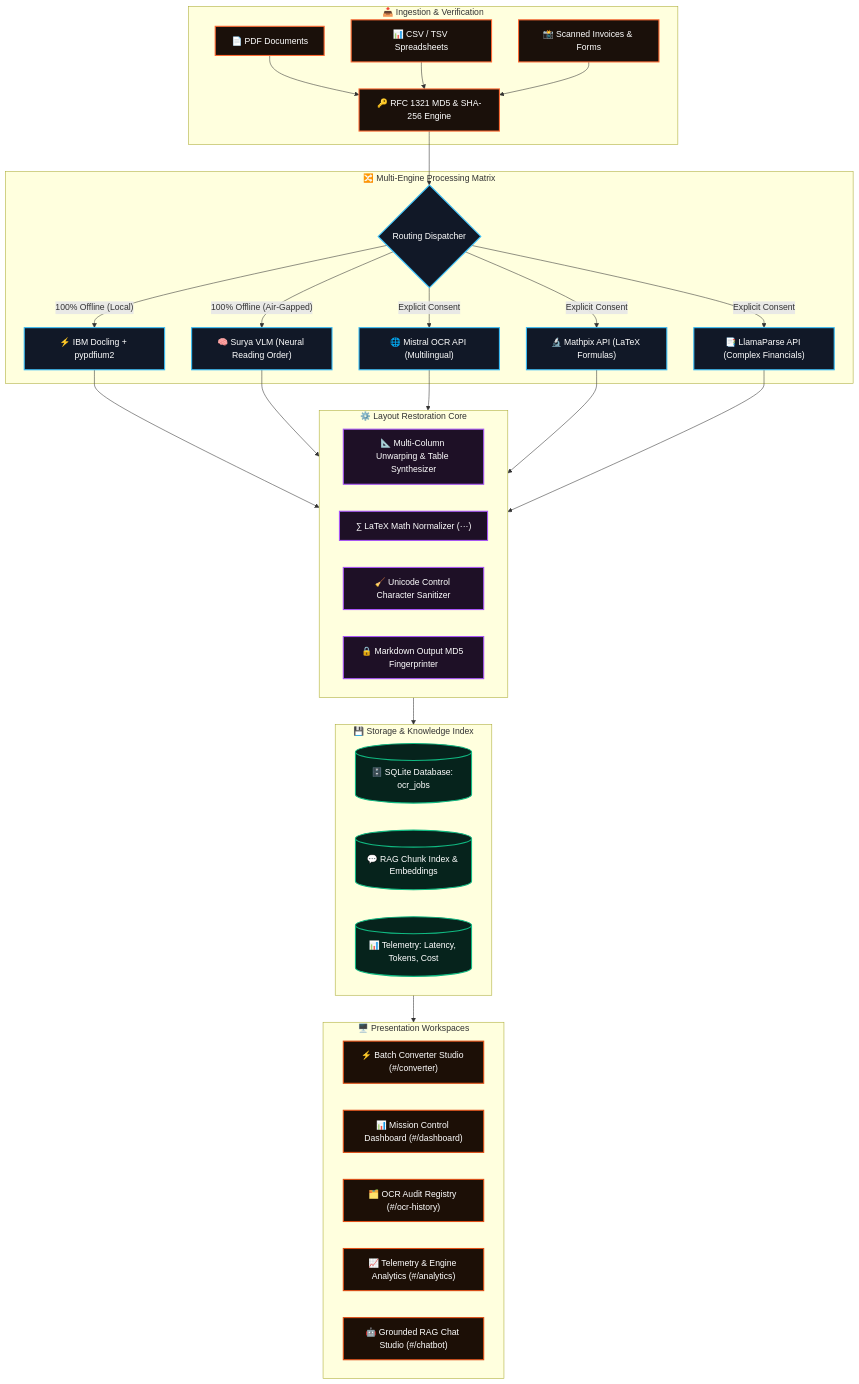
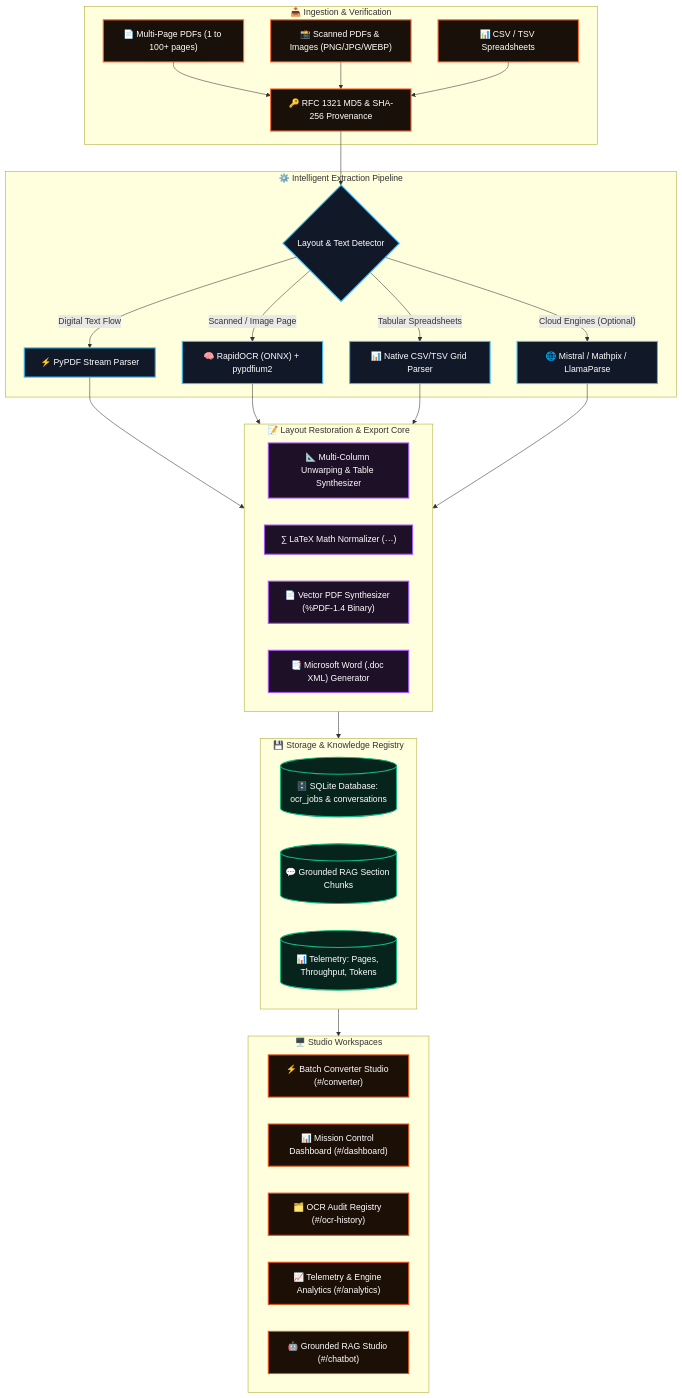
One commit to Adarsh-Singh-Chauhan/DOCFORGE changed the diagram in README.md. Above: the diagram before and after it, drawn with Mermaid. The commit also changed other lines of this file and 1 other file, not shown here.

Commit message:
docs: showcase dynamic animated badges, 4-way vector export suite, and leadership attribution for Ansh and Adarsh

````diff
--- a/README.md
+++ b/README.md
@@ -162,51 +196,50 @@
 ```mermaid
 flowchart TD
     classDef inputStyle fill:#1a100a,stroke:#ff6a33,stroke-width:2px,color:#ffffff;
     classDef engineStyle fill:#111827,stroke:#38bdf8,stroke-width:2px,color:#ffffff;
     classDef coreStyle fill:#1e1026,stroke:#a855f7,stroke-width:2px,color:#ffffff;
     classDef dbStyle fill:#06231c,stroke:#10b981,stroke-width:2px,color:#ffffff;
     classDef uiStyle fill:#1c0f06,stroke:#e04f16,stroke-width:2px,color:#ffffff;
 
     subgraph INGESTION["📥 Ingestion & Verification"]
-        A1["📄 PDF Documents"]:::inputStyle
-        A2["📊 CSV / TSV Spreadsheets"]:::inputStyle
-        A3["📸 Scanned Invoices & Forms"]:::inputStyle
-        H1["🔑 RFC 1321 MD5 & SHA-256 Engine"]:::inputStyle
+        A1["📄 Multi-Page PDFs (1 to 100+ pages)"]:::inputStyle
+        A2["📸 Scanned PDFs & Images (PNG/JPG/WEBP)"]:::inputStyle
+        A3["📊 CSV / TSV Spreadsheets"]:::inputStyle
+        H1["🔑 RFC 1321 MD5 & SHA-256 Provenance"]:::inputStyle
     end
 
-    subgraph ENGINE_ROUTER["🔀 Multi-Engine Processing Matrix"]
-        R{"Routing Dispatcher"}:::engineStyle
-        R -->|"100% Offline (Local)"| E1["⚡ IBM Docling + pypdfium2"]:::engineStyle
-        R -->|"100% Offline (Air-Gapped)"| E2["🧠 Surya VLM (Neural Reading Order)"]:::engineStyle
-        R -->|"Explicit Consent"| E3["🌐 Mistral OCR API (Multilingual)"]:::engineStyle
-        R -->|"Explicit Consent"| E4["🔬 Mathpix API (LaTeX Formulas)"]:::engineStyle
-        R -->|"Explicit Consent"| E5["📑 LlamaParse API (Complex Financials)"]:::engineStyle
+    subgraph PIPELINE["⚙️ Intelligent Extraction Pipeline"]
+        R{"Layout & Text Detector"}:::engineStyle
+        R -->|"Digital Text Flow"| E1["⚡ PyPDF Stream Parser"]:::engineStyle
+        R -->|"Scanned / Image Page"| E2["🧠 RapidOCR (ONNX) + pypdfium2"]:::engineStyle
+        R -->|"Tabular Spreadsheets"| E3["📊 Native CSV/TSV Grid Parser"]:::engineStyle
+        R -->|"Cloud Engines (Optional)"| E4["🌐 Mistral / Mathpix / LlamaParse"]:::engineStyle
     end
 
-    subgraph EXTRACTION["⚙️ Layout Restoration Core"]
+    subgraph SYNTHESIS["📝 Layout Restoration & Export Core"]
         C1["📐 Multi-Column Unwarping & Table Synthesizer"]:::coreStyle
         C2["∑ LaTeX Math Normalizer ($$...$$)"]:::coreStyle
-        C3["🧹 Unicode Control Character Sanitizer"]:::coreStyle
-        C4["🔒 Markdown Output MD5 Fingerprinter"]:::coreStyle
+        C3["📄 Vector PDF Synthesizer (%PDF-1.4 Binary)"]:::coreStyle
+        C4["📑 Microsoft Word (.doc XML) Generator"]:::coreStyle
     end
 
-    subgraph PERSISTENCE["💾 Storage & Knowledge Index"]
-        D1[("🗄️ SQLite Database: ocr_jobs")]:::dbStyle
-        D2[("💬 RAG Chunk Index & Embeddings")]:::dbStyle
-        D3[("📊 Telemetry: Latency, Tokens, Cost")]:::dbStyle
+    subgraph STORAGE["💾 Storage & Knowledge Registry"]
+        D1[("🗄️ SQLite Database: ocr_jobs & conversations")]:::dbStyle
+        D2[("💬 Grounded RAG Section Chunks")]:::dbStyle
+        D3[("📊 Telemetry: Pages, Throughput, Tokens")]:::dbStyle
     end
 
-    subgraph WORKSPACES["🖥️ Presentation Workspaces"]
+    subgraph WORKSPACES["🖥️ Studio Workspaces"]
         W1["⚡ Batch Converter Studio (#/converter)"]:::uiStyle
         W2["📊 Mission Control Dashboard (#/dashboard)"]:::uiStyle
         W3["🗂️ OCR Audit Registry (#/ocr-history)"]:::uiStyle
         W4["📈 Telemetry & Engine Analytics (#/analytics)"]:::uiStyle
-        W5["🤖 Grounded RAG Chat Studio (#/chatbot)"]:::uiStyle
+        W5["🤖 Grounded RAG Studio (#/chatbot)"]:::uiStyle
     end
 
     A1 & A2 & A3 --> H1
     H1 --> R
-    E1 & E2 & E3 & E4 & E5 --> EXTRACTION
-    EXTRACTION --> PERSISTENCE
-    PERSISTENCE --> WORKSPACES
+    E1 & E2 & E3 & E4 --> SYNTHESIS
+    SYNTHESIS --> STORAGE
+    STORAGE --> WORKSPACES
 ```
````
